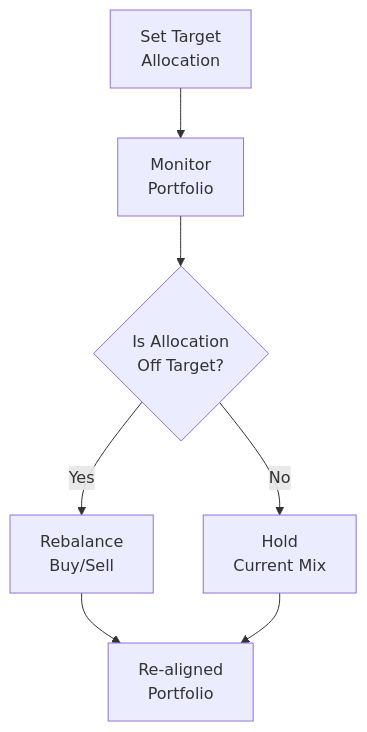
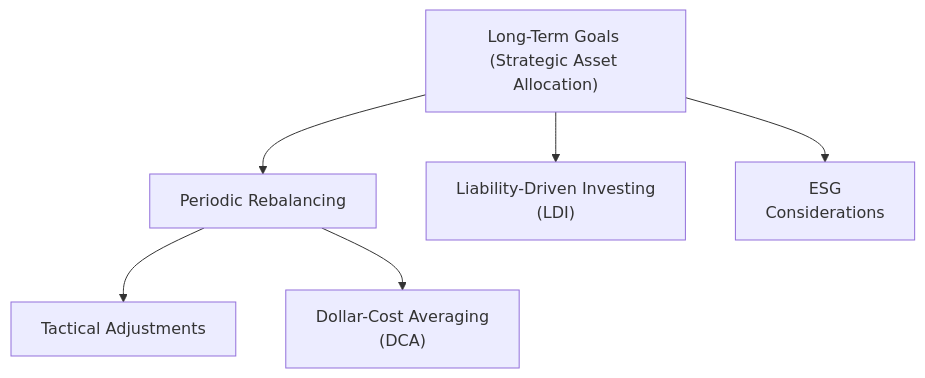
One commit to MasteryEducation/SecuritiesExamsMastery.ca changed the second of 2 diagrams in content/ifc/8/8/index.md. Above: the diagram before and after it, drawn with Mermaid. The commit also changed other lines of this file and 130 other files, not shown here.

````diff
--- a/content/ifc/8/8/index.md
+++ b/content/ifc/8/8/index.md
@@ -72,9 +129,8 @@
 ```mermaid
 flowchart TB
-A["Set Target <br/>Allocation"] --> B["Monitor <br/>Portfolio"]
-B --> C{"Is Allocation <br/> Off Target?"}
-C -- Yes --> D["Rebalance <br/> Buy/Sell"]
-C -- No --> E["Hold <br/>Current Mix"]
-D --> F["Re-aligned <br/>Portfolio"]
-E --> F["Re-aligned <br/>Portfolio"]
+    A["Long-Term Goals <br/>(Strategic Asset Allocation)"] --> B["Periodic Rebalancing"]
+    B --> C["Tactical Adjustments"]
+    B --> D["Dollar-Cost Averaging <br/>(DCA)"]
+    A --> E["Liability-Driven Investing <br/>(LDI)"]
+    A --> F["ESG <br/>Considerations"]
 ```
````
